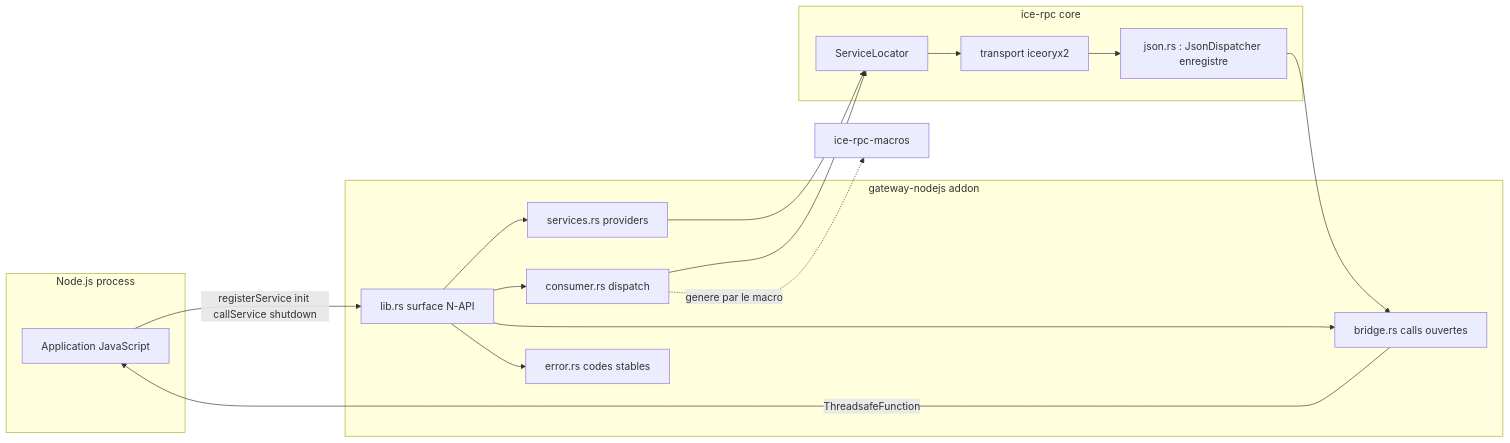
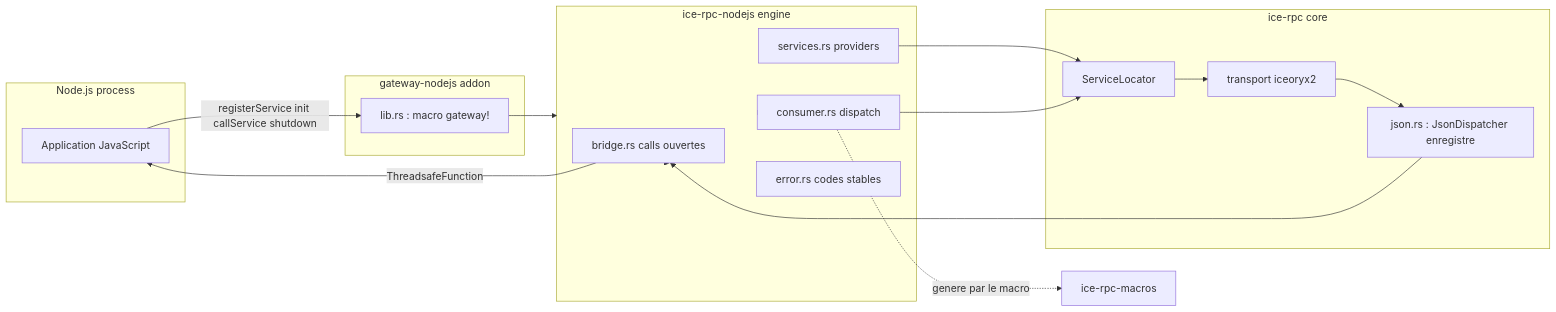
Before and after one commit to max3163/ice-rpc: the first of 2 diagrams in gateway_nodejs/Readme.md, drawn with Mermaid. The commit also changed other lines of this file and 20 other files, not shown here.

Commit message:
refactor(nodejs): extract the reusable engine into ice-rpc-nodejs

````diff
--- a/gateway_nodejs/Readme.md
+++ b/gateway_nodejs/Readme.md
@@ -17,30 +17,33 @@
 ```mermaid
 flowchart LR
     subgraph JS[Node.js process]
         App[Application JavaScript]
     end
     subgraph GW[gateway-nodejs addon]
-        API[lib.rs surface N-API]
+        API["lib.rs : macro gateway!"]
+    end
+    subgraph ENG[ice-rpc-nodejs engine]
         BR[bridge.rs calls ouvertes]
         PR[services.rs providers]
         CO[consumer.rs dispatch]
         ER[error.rs codes stables]
     end
     subgraph CORE[ice-rpc core]
         ND["json.rs : JsonDispatcher enregistre"]
         LOC[ServiceLocator]
         TR[transport iceoryx2]
     end
     App -->|registerService init callService shutdown| API
-    API --> PR
-    API --> CO
-    API --> BR
-    API --> ER
+    API --> ENG
+    ENG --> PR
+    ENG --> CO
+    ENG --> BR
+    ENG --> ER
     BR -->|ThreadsafeFunction| App
     PR --> LOC
     CO --> LOC
     CO -.->|genere par le macro| MAC[ice-rpc-macros]
     LOC --> TR
     TR --> ND
     ND --> BR
 ```
````
